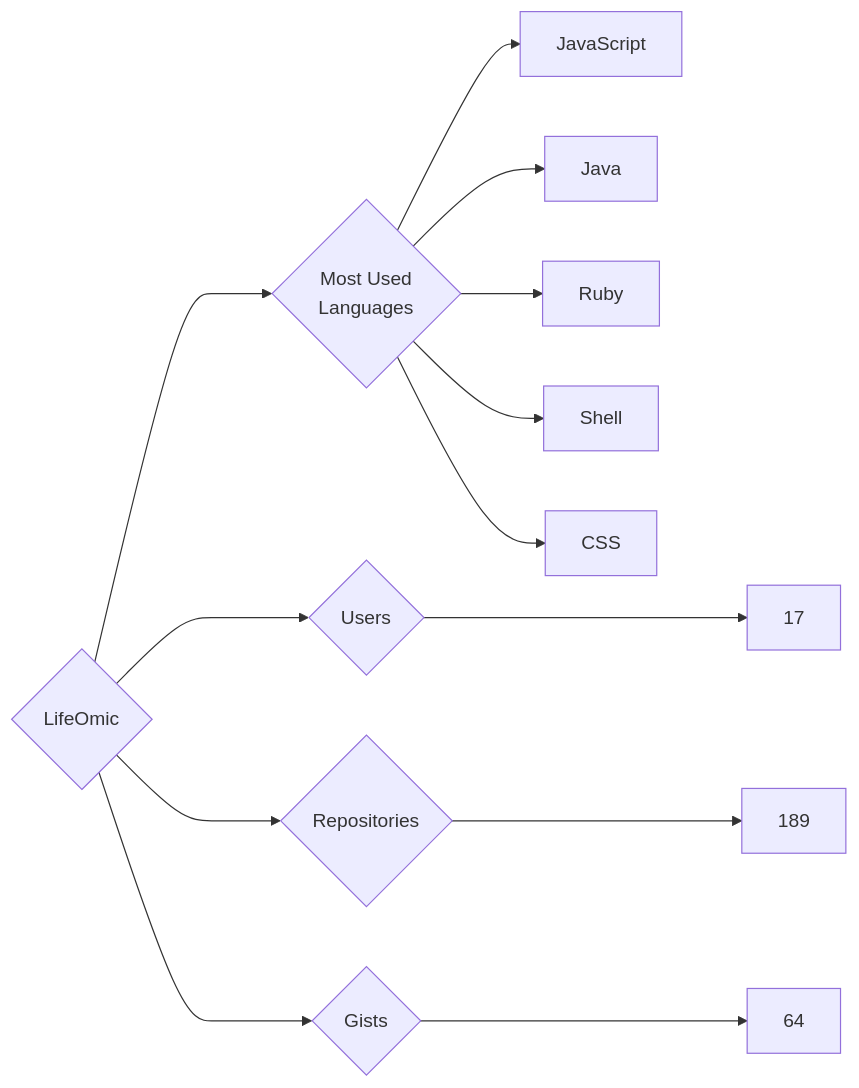
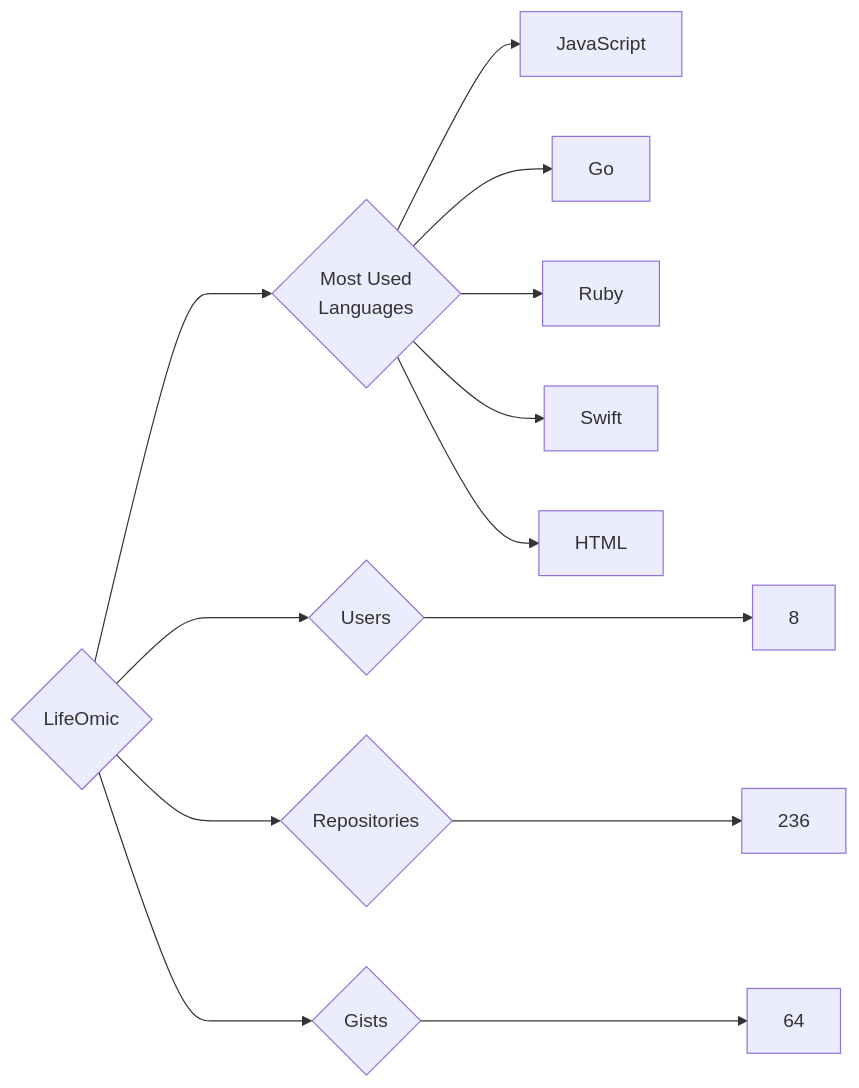
Before and after one commit to trickest/insiders: the diagram in targets/LifeOmic/README.md, drawn with Mermaid. The commit also changed 882 other files, not shown here.

````diff
--- a/targets/LifeOmic/README.md
+++ b/targets/LifeOmic/README.md
@@ -3,13 +3,13 @@
 ```mermaid
 graph LR
 COMPANY_NAME{LifeOmic}
-COMPANY_NAME ---> U{Users} ---> UN[17]
-COMPANY_NAME ---> R{Repositories} ---> RN[189]
+COMPANY_NAME ---> U{Users} ---> UN[8]
+COMPANY_NAME ---> R{Repositories} ---> RN[236]
 COMPANY_NAME ---> G{Gists} ---> GN[64]
 COMPANY_NAME ---> ML{Most Used<br>Languages}
 ML --> JavaScript[JavaScript]
-ML --> Java[Java]
+ML --> Go[Go]
 ML --> Ruby[Ruby]
-ML --> Shell[Shell]
-ML --> CSS[CSS]
+ML --> Swift[Swift]
+ML --> HTML[HTML]
 ```
````
